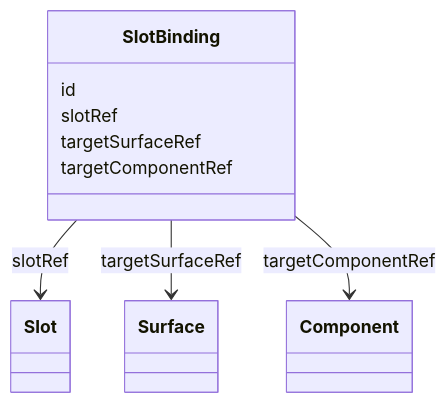
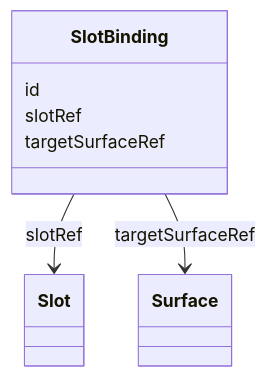
The fifth of 7 diagrams in specs/ed/modules/design-system/index.md (openuji/spec-ujg), drawn with Mermaid before and after one commit. The commit also changed other lines of this file and 16 other files, not shown here.

````diff
--- a/specs/ed/modules/design-system/index.md
+++ b/specs/ed/modules/design-system/index.md
@@ -124,15 +193,12 @@
 ```mermaid
 classDiagram
   class Slot
   class Surface
-  class Component
   class SlotBinding {
     id
     slotRef
     targetSurfaceRef
-    targetComponentRef
   }
   SlotBinding --> Slot : slotRef
   SlotBinding --> Surface : targetSurfaceRef
-  SlotBinding --> Component : targetComponentRef
 ```
````
